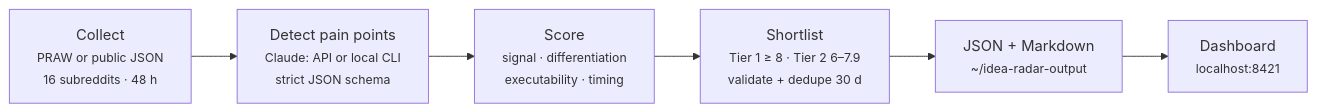
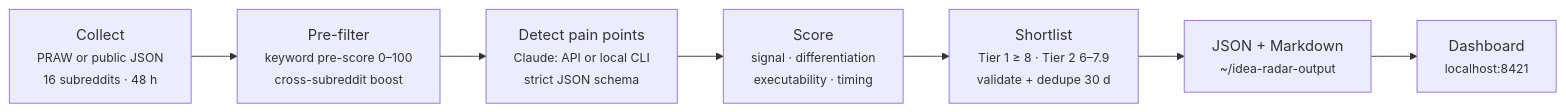
Before and after one commit to martinbouvet2000-tech/business-idea-radar: the diagram in README.md, drawn with Mermaid. The commit also changed other lines of this file, not shown here.

First line of the commit message:
docs: document pre-filter, notifier, tests, CI and Docker

````diff
--- a/README.md
+++ b/README.md
@@ -29,8 +33,9 @@
 ```mermaid
 flowchart LR
-    A["Collect<br/><small>PRAW or public JSON<br/>16 subreddits · 48 h</small>"] --> B["Detect pain points<br/><small>Claude: API or local CLI<br/>strict JSON schema</small>"]
+    A["Collect<br/><small>PRAW or public JSON<br/>16 subreddits · 48 h</small>"] --> P["Pre-filter<br/><small>keyword pre-score 0–100<br/>cross-subreddit boost</small>"]
+    P --> B["Detect pain points<br/><small>Claude: API or local CLI<br/>strict JSON schema</small>"]
     B --> C["Score<br/><small>signal · differentiation<br/>executability · timing</small>"]
     C --> D["Shortlist<br/><small>Tier 1 ≥ 8 · Tier 2 6–7.9<br/>validate + dedupe 30 d</small>"]
     D --> E["JSON + Markdown<br/><small>~/idea-radar-output</small>"]
     E --> F["Dashboard<br/><small>localhost:8421</small>"]
 ```
````
